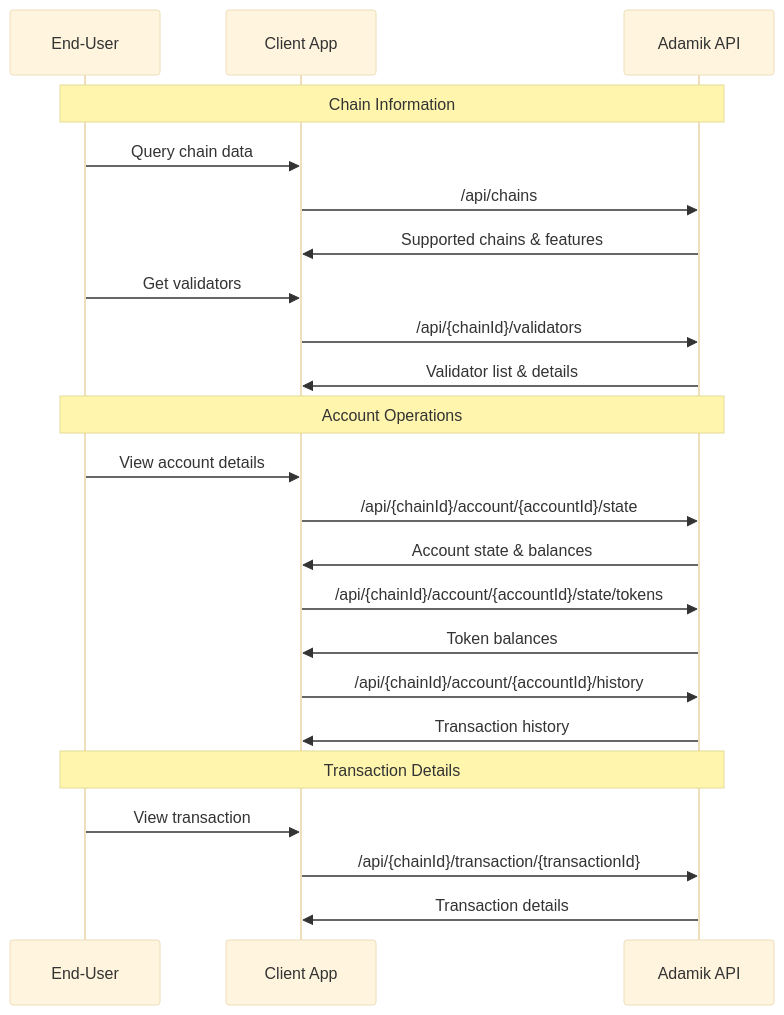
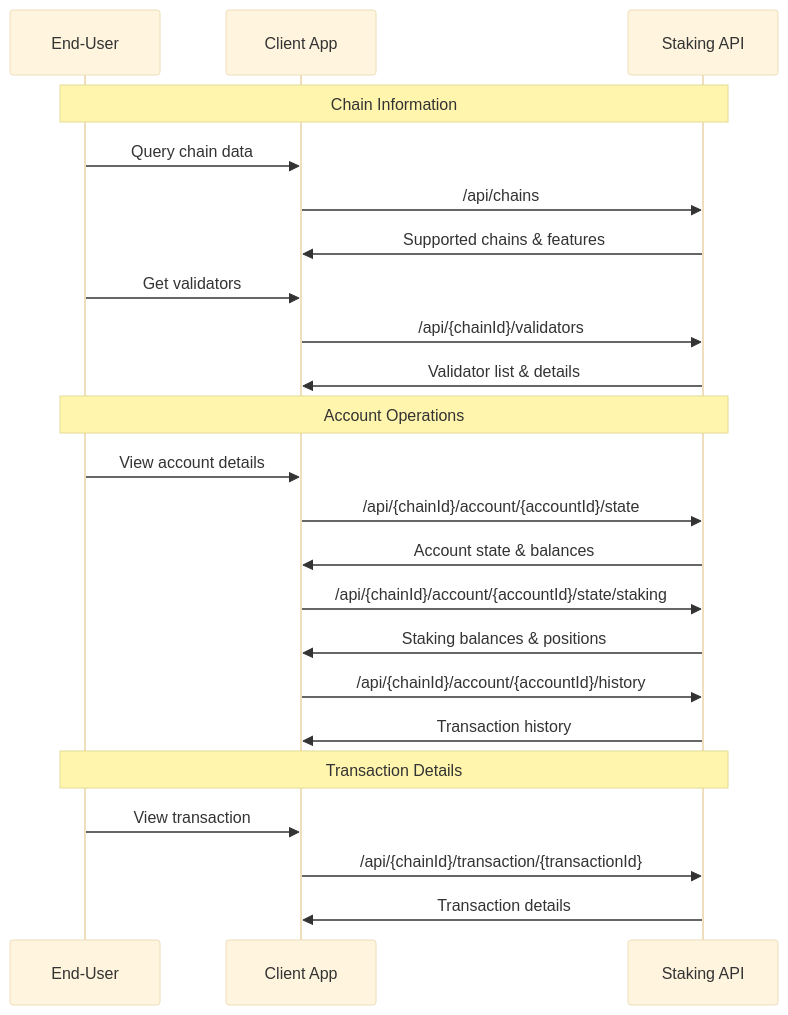
Before and after one commit to fabrice-adamik/docs-1: the diagram in api_overview/read_API_overview_and_interaction_flow.mdx, drawn with Mermaid (base theme). The commit also changed 4 other files, not shown here.

````diff
--- a/api_overview/read_API_overview_and_interaction_flow.mdx
+++ b/api_overview/read_API_overview_and_interaction_flow.mdx
@@ -30,31 +30,31 @@
 ```mermaid
 sequenceDiagram
     participant USER as End-User
     participant APP as Client App
-    participant ADAMIK as Adamik API
+    participant STAKING as Staking API
 
-    Note over USER,ADAMIK: Chain Information
+    Note over USER,STAKING: Chain Information
     USER->>APP: Query chain data
-    APP->>ADAMIK: /api/chains
-    ADAMIK->>APP: Supported chains & features
+    APP->>STAKING: /api/chains
+    STAKING->>APP: Supported chains & features
 
     USER->>APP: Get validators
-    APP->>ADAMIK: /api/{chainId}/validators
-    ADAMIK->>APP: Validator list & details
+    APP->>STAKING: /api/{chainId}/validators
+    STAKING->>APP: Validator list & details
 
-    Note over USER,ADAMIK: Account Operations
+    Note over USER,STAKING: Account Operations
     USER->>APP: View account details
-    APP->>ADAMIK: /api/{chainId}/account/{accountId}/state
-    ADAMIK->>APP: Account state & balances
+    APP->>STAKING: /api/{chainId}/account/{accountId}/state
+    STAKING->>APP: Account state & balances
 
-    APP->>ADAMIK: /api/{chainId}/account/{accountId}/state/tokens
-    ADAMIK->>APP: Token balances
+    APP->>STAKING: /api/{chainId}/account/{accountId}/state/staking
+    STAKING->>APP: Staking balances & positions
 
-    APP->>ADAMIK: /api/{chainId}/account/{accountId}/history
-    ADAMIK->>APP: Transaction history
+    APP->>STAKING: /api/{chainId}/account/{accountId}/history
+    STAKING->>APP: Transaction history
 
-    Note over USER,ADAMIK: Transaction Details
+    Note over USER,STAKING: Transaction Details
     USER->>APP: View transaction
-    APP->>ADAMIK: /api/{chainId}/transaction/{transactionId}
-    ADAMIK->>APP: Transaction details
+    APP->>STAKING: /api/{chainId}/transaction/{transactionId}
+    STAKING->>APP: Transaction details
 ```
````
